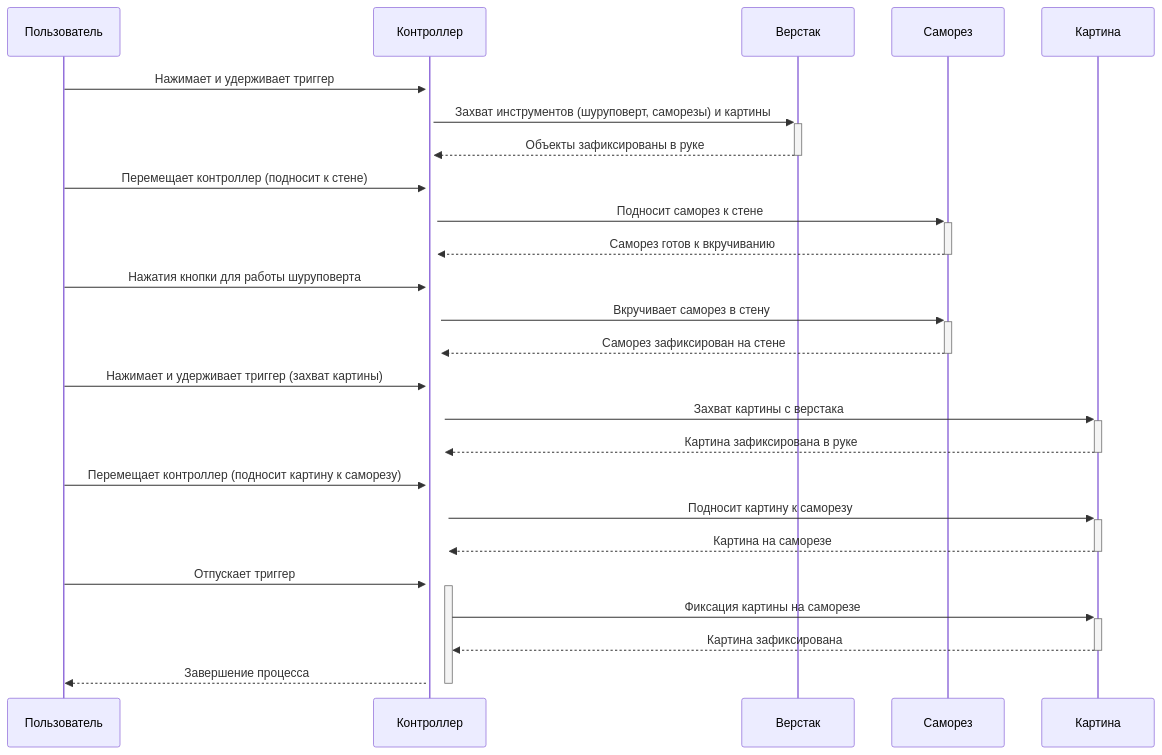
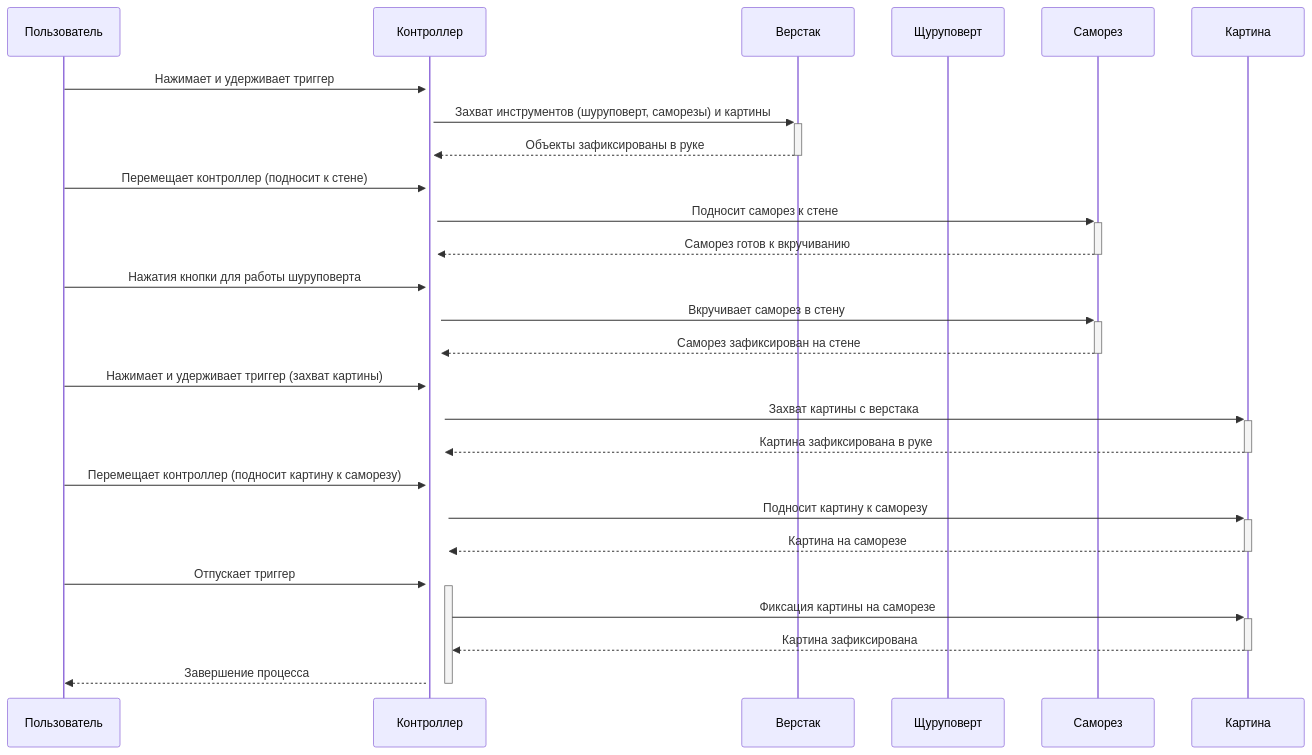
Before and after one commit to NerdyCep/iodraw-files: the diagram in all/не называться-1.md, drawn with Mermaid.

Commit message:
2025-02-25 18:25:47 update

````diff
--- a/all/не называться-1.md
+++ b/all/не называться-1.md
@@ -1,29 +1,30 @@
 ```mermaid
 sequenceDiagram
     participant Пользователь
     participant Контроллер
     participant Верстак
+    participant Щуруповерт
     participant Саморез
     participant Картина
     
 
     Пользователь->>+Контроллер: Нажимает и удерживает триггер
     Контроллер->>+Верстак: Захват инструментов (шуруповерт, саморезы) и картины
     Верстак-->>-Контроллер: Объекты зафиксированы в руке
     Пользователь->>+Контроллер: Перемещает контроллер (подносит к стене)
     Контроллер->>+Саморез: Подносит саморез к стене
     Саморез-->>-Контроллер: Саморез готов к вкручиванию
     Пользователь->>+Контроллер: Нажатия кнопки для работы шуруповерта
     Контроллер->>+Саморез: Вкручивает саморез в стену
     Саморез-->>-Контроллер: Саморез зафиксирован на стене
     Пользователь->>+Контроллер: Нажимает и удерживает триггер (захват картины)
     Контроллер->>+Картина: Захват картины с верстака
     Картина-->>-Контроллер: Картина зафиксирована в руке
     Пользователь->>+Контроллер: Перемещает контроллер (подносит картину к саморезу)
     Контроллер->>+Картина: Подносит картину к саморезу
     Картина-->>-Контроллер: Картина на саморезе
     Пользователь->>+Контроллер: Отпускает триггер
     Контроллер->>+Картина: Фиксация картины на саморезе
     Картина-->>-Контроллер: Картина зафиксирована
     Контроллер-->>-Пользователь: Завершение процесса
 ```
````
